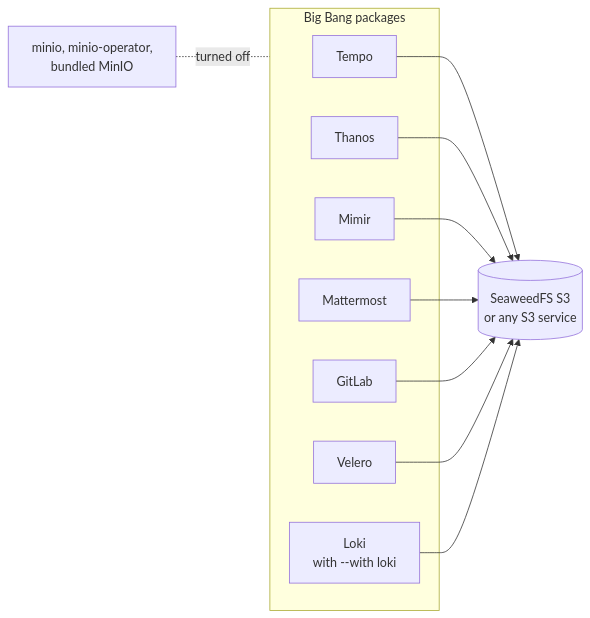
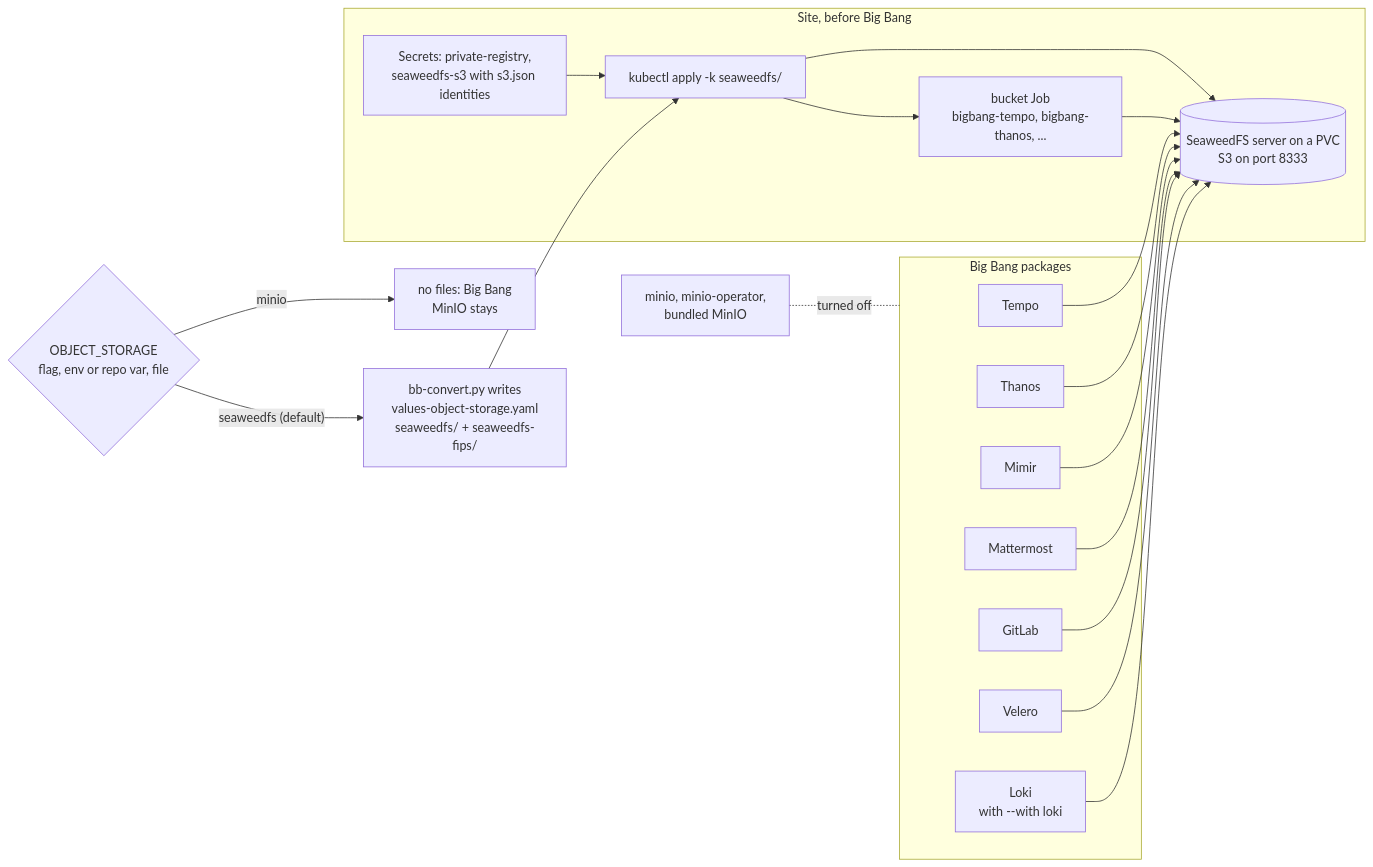
Before and after one commit to Zapata-Technology/bigbang-chainguard: the sixth of 8 diagrams in docs/architecture.md, drawn with Mermaid. The commit also changed other lines of this file and 9 other files, not shown here.

First line of the commit message:
docs, diagrams and tests for the runtime findings

````diff
--- a/docs/architecture.md
+++ b/docs/architecture.md
@@ -150,10 +165,18 @@
 ```mermaid
 flowchart LR
-    S3[(SeaweedFS S3<br/>or any S3 service)]
+    SET{"OBJECT_STORAGE<br/>flag, env or repo var, file"} -->|"seaweedfs (default)"| GEN[bb-convert.py writes<br/>values-object-storage.yaml<br/>seaweedfs/ + seaweedfs-fips/]
+    SET -->|"minio"| MIN["no files: Big Bang<br/>MinIO stays"]
+    subgraph site[Site, before Big Bang]
+        SEC["Secrets: private-registry,<br/>seaweedfs-s3 with s3.json identities"] --> KZ[kubectl apply -k seaweedfs/]
+        KZ --> SW[(SeaweedFS server on a PVC<br/>S3 on port 8333)]
+        KZ --> JOB[bucket Job<br/>bigbang-tempo, bigbang-thanos, ...]
+        JOB --> SW
+    end
+    GEN --> KZ
     subgraph bb[Big Bang packages]
         T[Tempo] & TH[Thanos] & MI[Mimir] & MM[Mattermost] & GL[GitLab] & VE[Velero]
         L[Loki<br/>with --with loki]
     end
-    T & TH & MI & MM & GL & VE & L --> S3
+    T & TH & MI & MM & GL & VE & L --> SW
     X[minio, minio-operator,<br/>bundled MinIO] -. turned off .- bb
 ```
````
